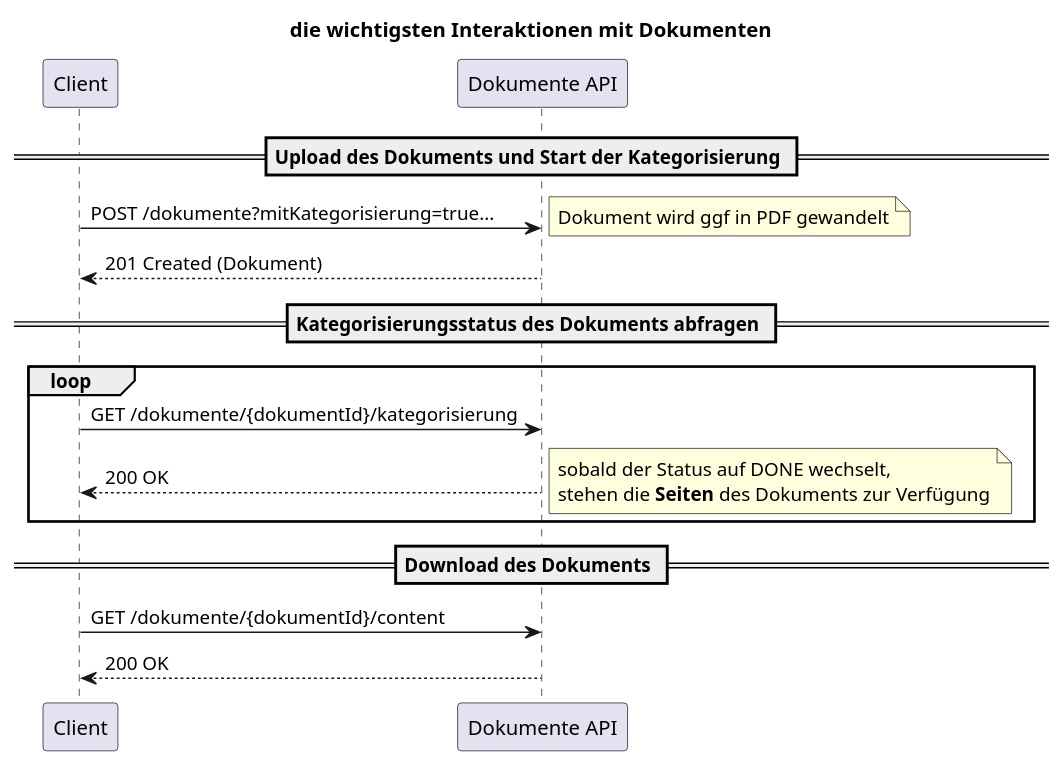
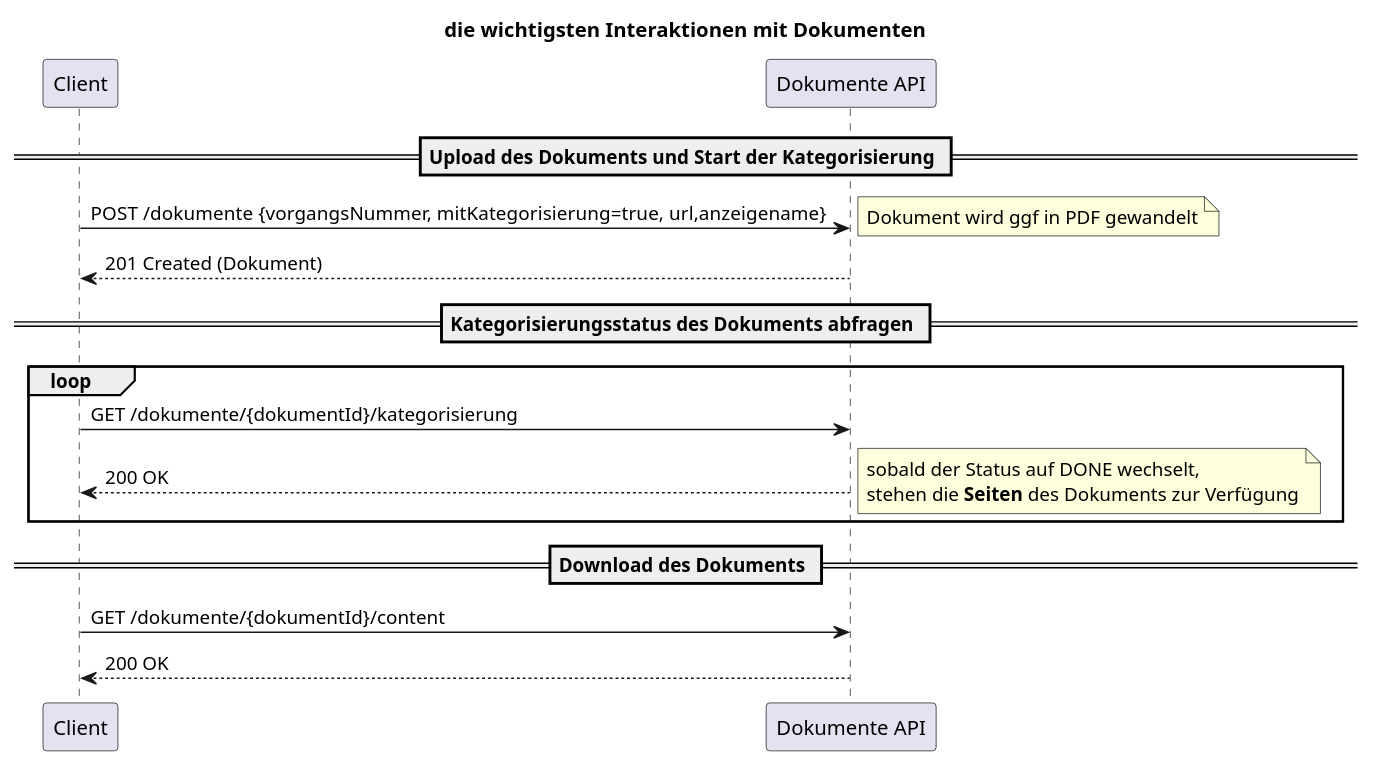
Before and after one commit to europace/unterlagen-api: the diagram in docs/Dokument.puml, drawn with PlantUML.

Commit message:
DUCK-2154 update documentation for upload with categorization

```diff
--- a/docs/Dokument.puml
+++ b/docs/Dokument.puml
@@ -1,26 +1,26 @@
 @startuml
 title die wichtigsten Interaktionen mit Dokumenten
 
 participant Client as c
 participant "Dokumente API" as api
 
 == Upload des Dokuments und Start der Kategorisierung ==
-c -> api: POST /dokumente?mitKategorisierung=true...
+c -> api: POST /dokumente  {vorgangsNummer, mitKategorisierung=true, url,anzeigename}
 note right: Dokument wird ggf in PDF gewandelt
 api --> c: 201 Created (Dokument)
 
 == Kategorisierungsstatus des Dokuments abfragen ==
 loop
 c -> api: GET /dokumente/{dokumentId}/kategorisierung
 api --> c: 200 OK
 note right
    sobald der Status auf DONE wechselt,
    stehen die **Seiten** des Dokuments zur Verfügung
 end note
 end
 
 == Download des Dokuments ==
 c -> api: GET /dokumente/{dokumentId}/content
 api --> c: 200 OK
 
 @enduml
```
